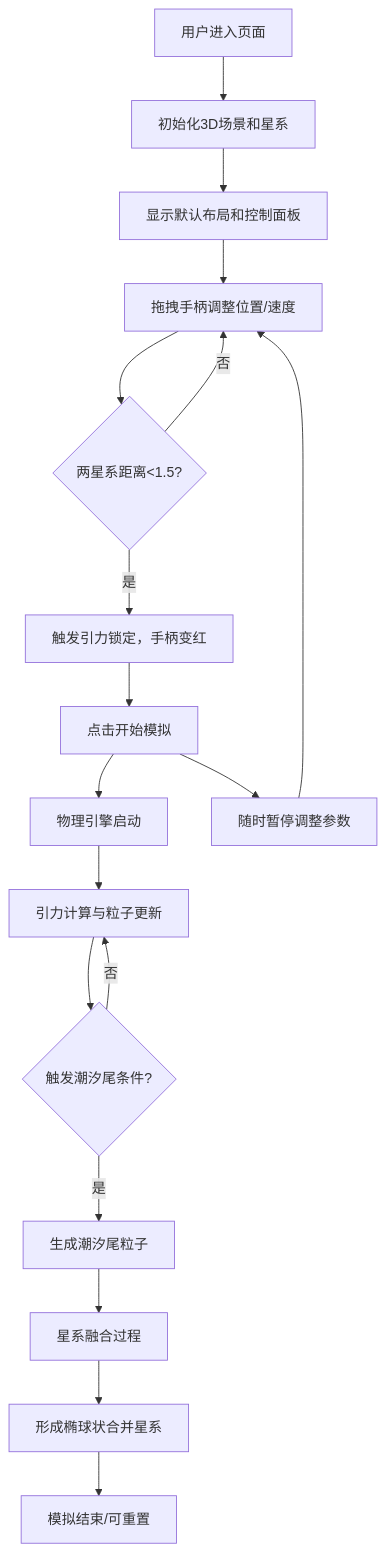
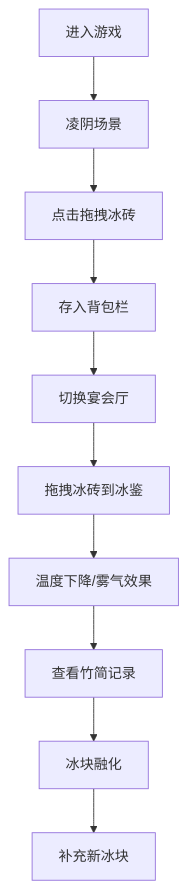
The diagram in cp2_6.9_auto8/.trae/documents/prd.md (LIANG0828906/solo), drawn with Mermaid before and after one commit. The commit also changed other lines of this file and 13 other files, not shown here.

````diff
--- a/cp2_6.9_auto8/.trae/documents/prd.md
+++ b/cp2_6.9_auto8/.trae/documents/prd.md
@@ -35,20 +32,12 @@
 ```mermaid
 flowchart TD
-    A["用户进入页面"] --> B["初始化3D场景和星系"]
-    B --> C["显示默认布局和控制面板"]
-    C --> D["拖拽手柄调整位置/速度"]
-    D --> E{"两星系距离<1.5?"}
-    E -->|是| F["触发引力锁定，手柄变红"]
-    E -->|否| D
-    F --> G["点击开始模拟"]
-    G --> H["物理引擎启动"]
-    H --> I["引力计算与粒子更新"]
-    I --> J{"触发潮汐尾条件?"}
-    J -->|是| K["生成潮汐尾粒子"]
-    K --> L["星系融合过程"]
-    L --> M["形成椭球状合并星系"]
-    J -->|否| I
-    M --> N["模拟结束/可重置"]
-    G --> O["随时暂停调整参数"]
-    O --> D
+    A["进入游戏"] --> B["凌阴场景"]
+    B --> C["点击拖拽冰砖"]
+    C --> D["存入背包栏"]
+    D --> E["切换宴会厅"]
+    E --> F["拖拽冰砖到冰鉴"]
+    F --> G["温度下降/雾气效果"]
+    G --> H["查看竹简记录"]
+    H --> I["冰块融化"]
+    I --> J["补充新冰块"]
 ```
````
